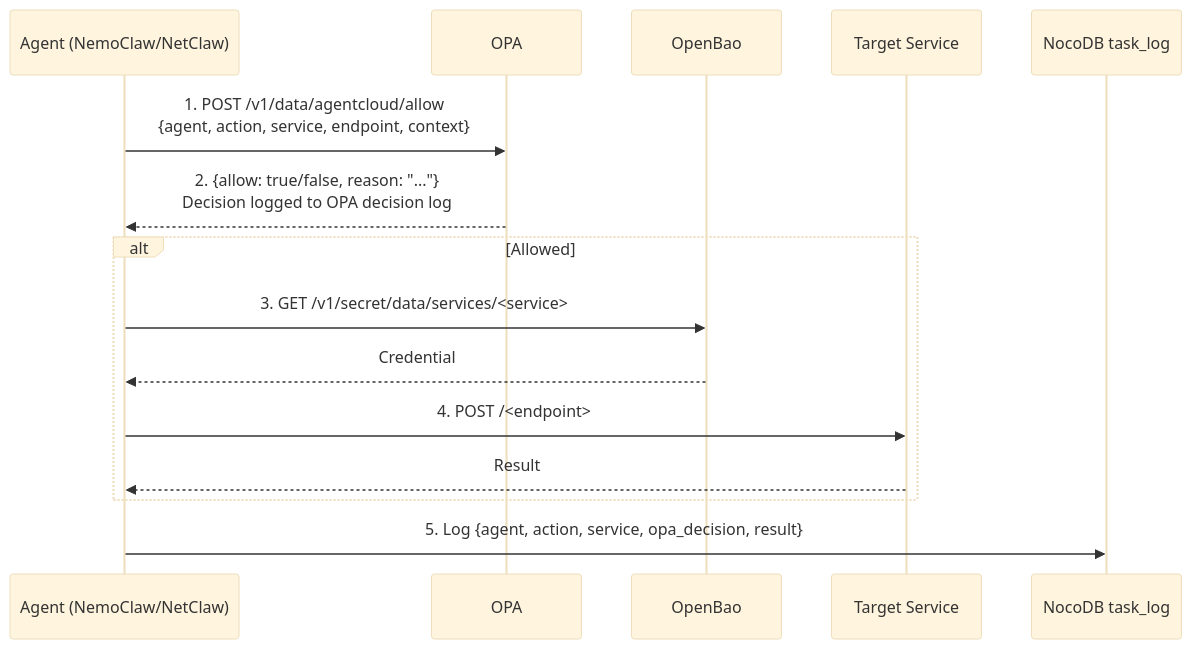
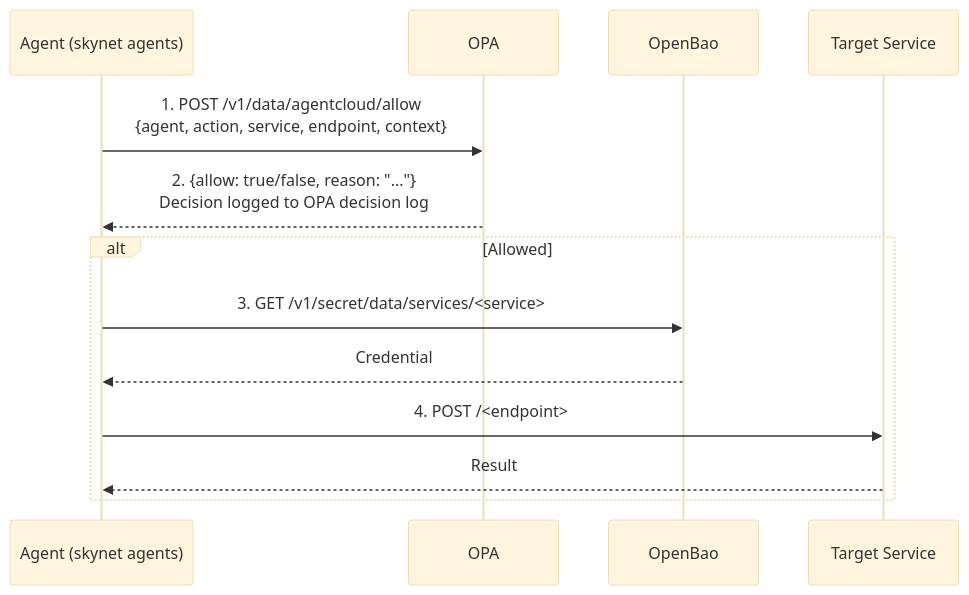
The second of 5 diagrams in plan/archive/development/OPA-INTEGRATION-PLAN.md (uhstray-io/agent-cloud), drawn with Mermaid (base theme) before and after one commit. The commit also changed other lines of this file and 29 other files, not shown here.

````diff
--- a/plan/archive/development/OPA-INTEGRATION-PLAN.md
+++ b/plan/archive/development/OPA-INTEGRATION-PLAN.md
@@ -84,18 +84,16 @@
 ```mermaid
 sequenceDiagram
-    participant Agent as Agent (NemoClaw/NetClaw)
+    participant Agent as Agent (skynet agents)
     participant OPA as OPA
     participant BAO as OpenBao
     participant SVC as Target Service
-    participant DB as NocoDB task_log
 
     Agent->>OPA: 1. POST /v1/data/agentcloud/allow<br/>{agent, action, service, endpoint, context}
     OPA-->>Agent: 2. {allow: true/false, reason: "..."}<br/>Decision logged to OPA decision log
     alt Allowed
         Agent->>BAO: 3. GET /v1/secret/data/services/<service>
         BAO-->>Agent: Credential
         Agent->>SVC: 4. POST /<endpoint>
         SVC-->>Agent: Result
     end
-    Agent->>DB: 5. Log {agent, action, service, opa_decision, result}
 ```
````
